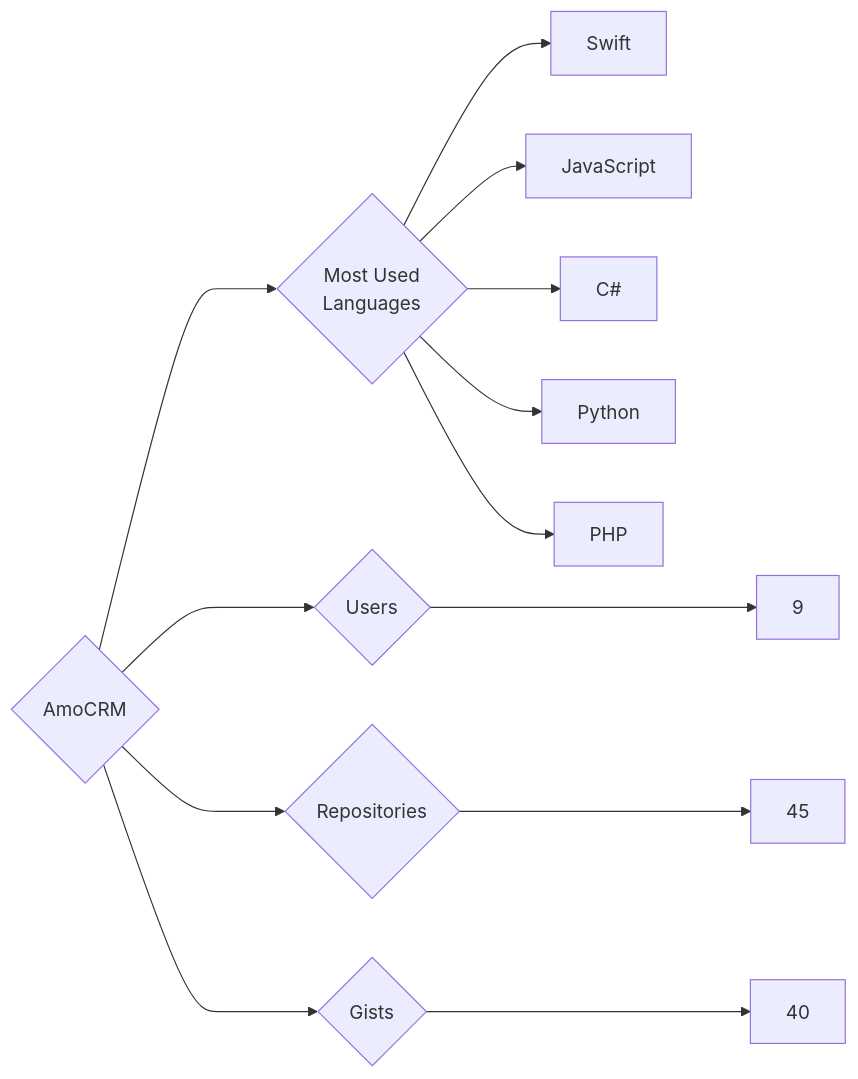
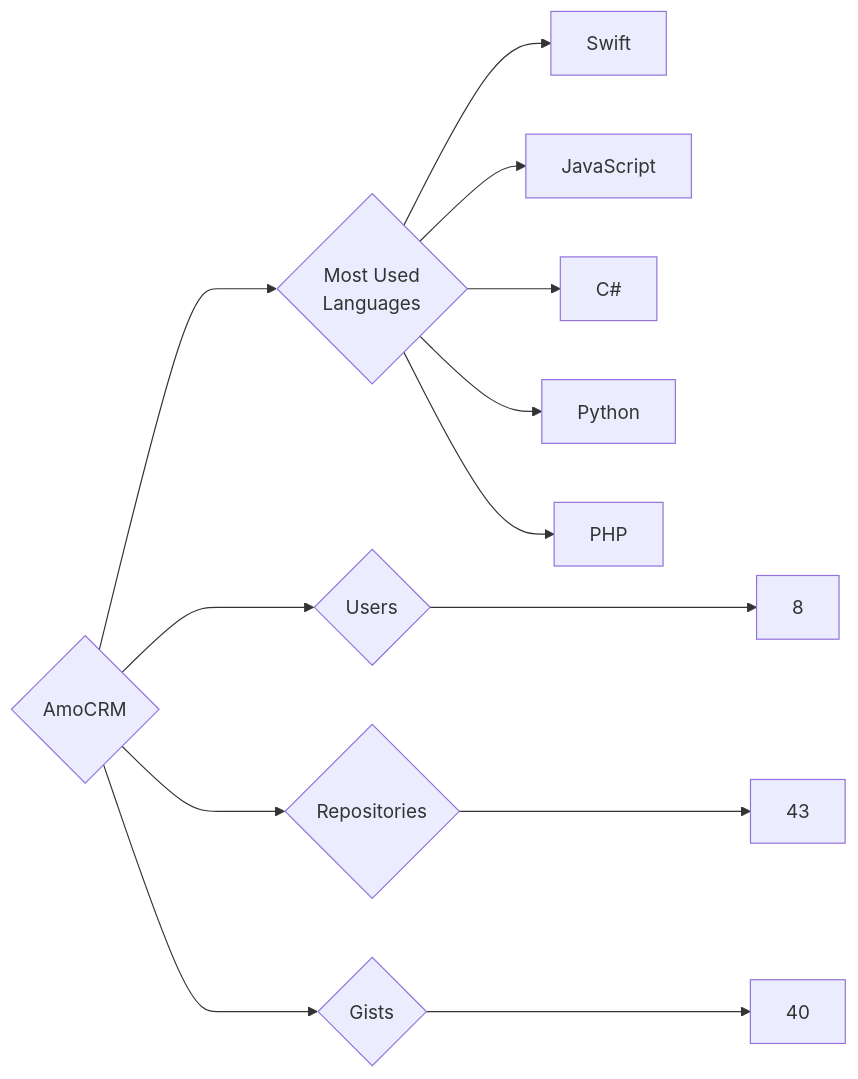
The diagram in targets/AmoCRM/README.md (trickest/insiders), drawn with Mermaid before and after one commit. The commit also changed 777 other files, not shown here.

````diff
--- a/targets/AmoCRM/README.md
+++ b/targets/AmoCRM/README.md
@@ -3,13 +3,13 @@
 ```mermaid
 graph LR
 COMPANY_NAME{AmoCRM}
-COMPANY_NAME ---> U{Users} ---> UN[9]
-COMPANY_NAME ---> R{Repositories} ---> RN[45]
+COMPANY_NAME ---> U{Users} ---> UN[8]
+COMPANY_NAME ---> R{Repositories} ---> RN[43]
 COMPANY_NAME ---> G{Gists} ---> GN[40]
 COMPANY_NAME ---> ML{Most Used<br>Languages}
 ML --> Swift[Swift]
 ML --> JavaScript[JavaScript]
 ML --> C#[C#]
 ML --> Python[Python]
 ML --> PHP[PHP]
 ```
````
